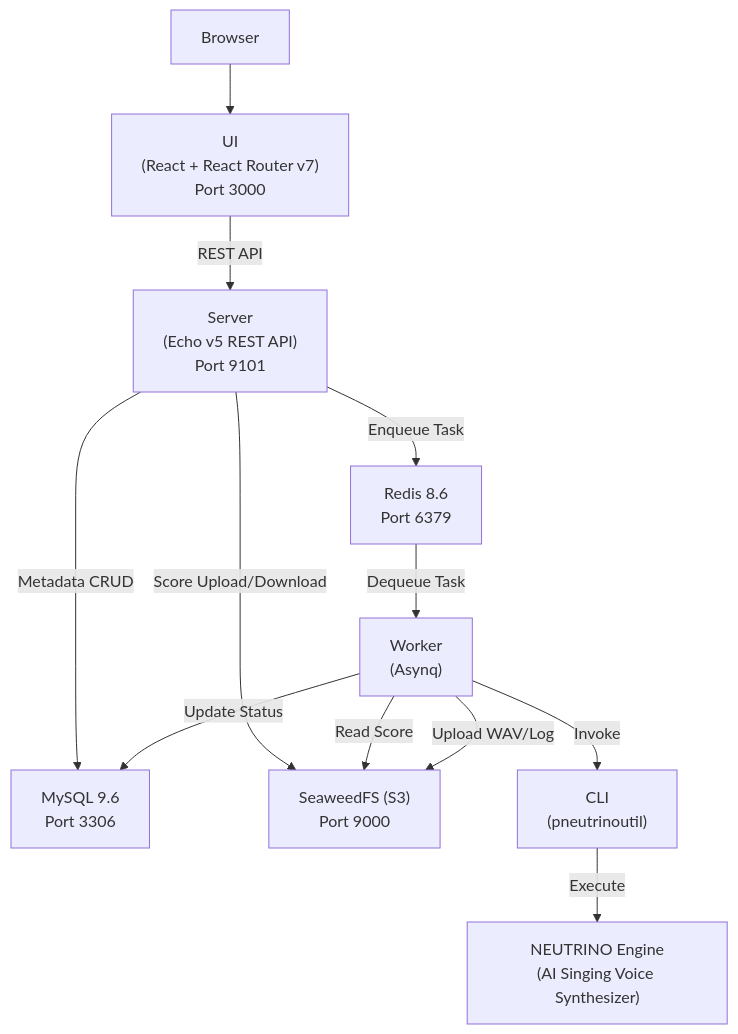
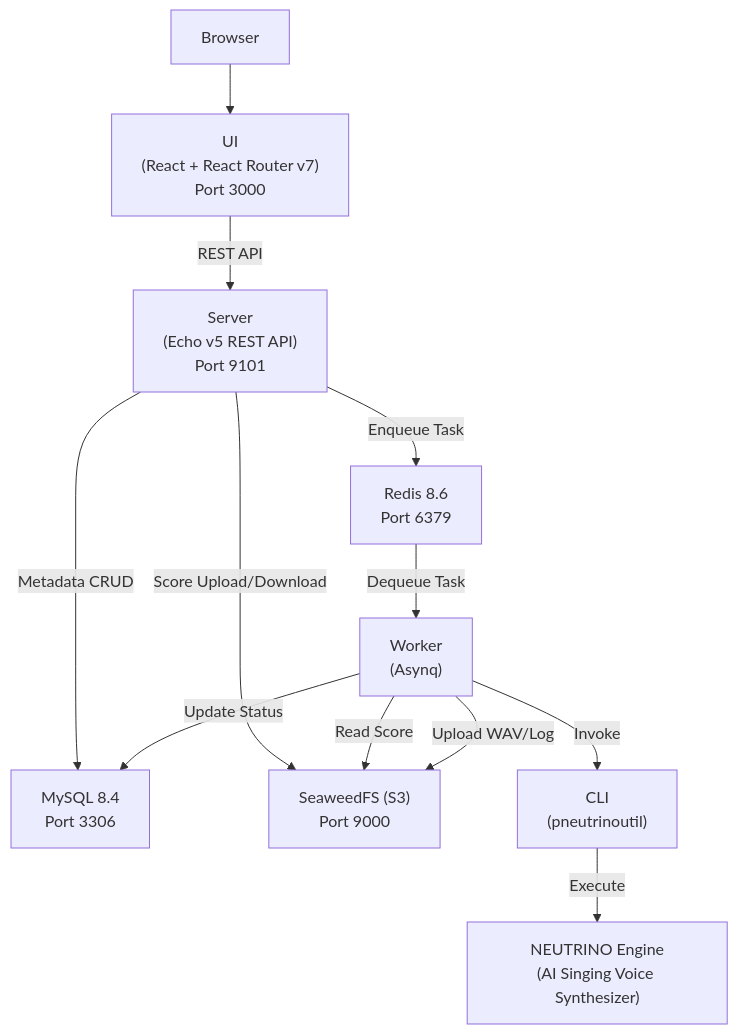
The first of 4 diagrams in AGENTS.md (berquerant/pneutrinoutil), drawn with Mermaid before and after one commit. The commit also changed 2 other files, not shown here.

Commit message:
build: change mysql version to 8.4.11

````diff
--- a/AGENTS.md
+++ b/AGENTS.md
@@ -32,24 +32,24 @@
 ```mermaid
 flowchart TD
     Browser["Browser"]
     UI["UI<br/>(React + React Router v7)<br/>Port 3000"]
     Server["Server<br/>(Echo v5 REST API)<br/>Port 9101"]
-    MySQL["MySQL 9.6<br/>Port 3306"]
+    MySQL["MySQL 8.4<br/>Port 3306"]
     S3["SeaweedFS (S3)<br/>Port 9000"]
     Redis["Redis 8.6<br/>Port 6379"]
     Worker["Worker<br/>(Asynq)"]
     NEUTRINO["NEUTRINO Engine<br/>(AI Singing Voice Synthesizer)"]
     CLI["CLI<br/>(pneutrinoutil)"]
 
     Browser --> UI
     UI -->|REST API| Server
     Server -->|Metadata CRUD| MySQL
     Server -->|Score Upload/Download| S3
     Server -->|Enqueue Task| Redis
     Redis -->|Dequeue Task| Worker
     Worker -->|Read Score| S3
     Worker -->|Invoke| CLI
     CLI -->|Execute| NEUTRINO
     Worker -->|Upload WAV/Log| S3
     Worker -->|Update Status| MySQL
 ```
````
